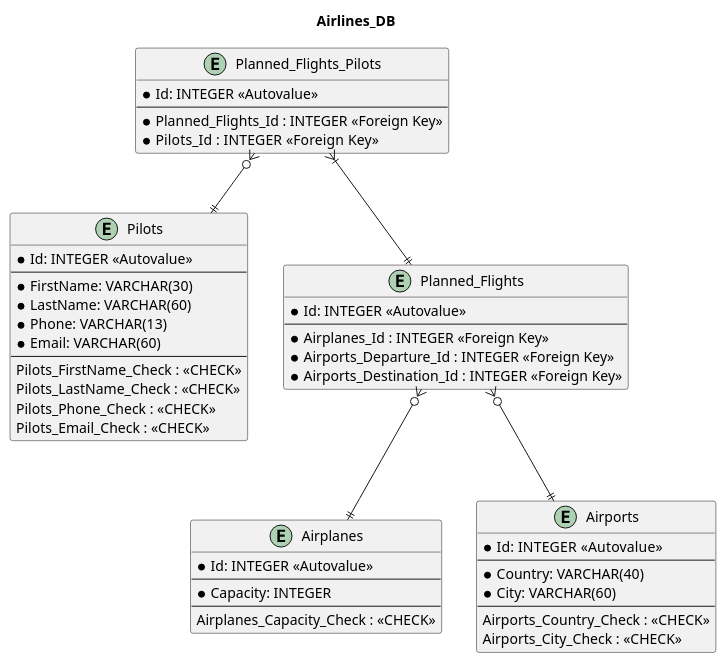
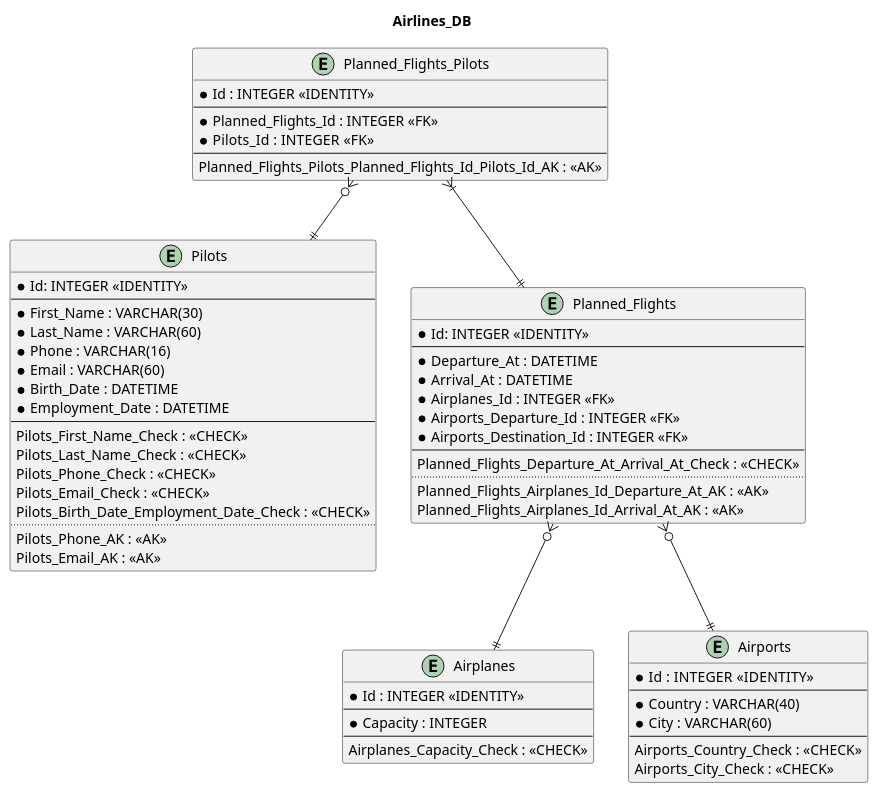
One commit to dkostmii/NULP-Databases changed the diagram in diagram.pu. Above: the diagram before and after it, drawn with PlantUML. The commit also changed 2 other files, not shown here.

```diff
--- a/diagram.pu
+++ b/diagram.pu
@@ -1,60 +1,75 @@
 @startuml DB_ER_Diagram
 
 
 title "Airlines_DB"
 
 
 entity "Airplanes" as airplanes {
-	*Id: INTEGER <<Autovalue>>
+	*Id : INTEGER <<IDENTITY>>
 	--
-	*Capacity: INTEGER
+	*Capacity : INTEGER
 	--
 	Airplanes_Capacity_Check : <<CHECK>>
 }
 
 entity "Pilots" as pilots {
-	*Id: INTEGER <<Autovalue>>
+	*Id: INTEGER <<IDENTITY>>
 	--
-	*FirstName: VARCHAR(30)
-	*LastName: VARCHAR(60)
-	*Phone: VARCHAR(13)
-	*Email: VARCHAR(60)
+	*First_Name : VARCHAR(30)
+	*Last_Name : VARCHAR(60)
+	*Phone : VARCHAR(16)
+	*Email : VARCHAR(60)
+	*Birth_Date : DATETIME
+	*Employment_Date : DATETIME
 	--
-	Pilots_FirstName_Check : <<CHECK>>
-	Pilots_LastName_Check : <<CHECK>>
+	Pilots_First_Name_Check : <<CHECK>>
+	Pilots_Last_Name_Check : <<CHECK>>
 	Pilots_Phone_Check : <<CHECK>>
 	Pilots_Email_Check : <<CHECK>>
+	Pilots_Birth_Date_Employment_Date_Check : <<CHECK>>
+	..
+	Pilots_Phone_AK : <<AK>>
+	Pilots_Email_AK : <<AK>>
 }
 
 entity "Airports" as airports {
-	*Id: INTEGER  <<Autovalue>>
+	*Id : INTEGER  <<IDENTITY>>
 	--
-	*Country: VARCHAR(40)
-	*City: VARCHAR(60)
+	*Country : VARCHAR(40)
+	*City : VARCHAR(60)
 	--
 	Airports_Country_Check : <<CHECK>>
 	Airports_City_Check : <<CHECK>>
 }
 
 entity "Planned_Flights" as pl_flights {
-	*Id: INTEGER <<Autovalue>>
+	*Id: INTEGER <<IDENTITY>>
 	--
-	*Airplanes_Id : INTEGER <<Foreign Key>>
-	*Airports_Departure_Id : INTEGER <<Foreign Key>>
-	*Airports_Destination_Id : INTEGER <<Foreign Key>>
+	*Departure_At : DATETIME
+	*Arrival_At : DATETIME
+	*Airplanes_Id : INTEGER <<FK>>
+	*Airports_Departure_Id : INTEGER <<FK>>
+	*Airports_Destination_Id : INTEGER <<FK>>
+	--
+	Planned_Flights_Departure_At_Arrival_At_Check : <<CHECK>>
+	..
+	Planned_Flights_Airplanes_Id_Departure_At_AK : <<AK>>
+	Planned_Flights_Airplanes_Id_Arrival_At_AK : <<AK>>
 }
 
 entity "Planned_Flights_Pilots" as pl_flights_pilots {
-	*Id: INTEGER <<Autovalue>>
+	*Id : INTEGER <<IDENTITY>>
 	--
-	*Planned_Flights_Id : INTEGER <<Foreign Key>>
-	*Pilots_Id : INTEGER  <<Foreign Key>>
+	*Planned_Flights_Id : INTEGER <<FK>>
+	*Pilots_Id : INTEGER  <<FK>>
+	--
+	Planned_Flights_Pilots_Planned_Flights_Id_Pilots_Id_AK : <<AK>>
 }
 
 
 pl_flights }o--|| airplanes
 pl_flights }o--|| airports
 pl_flights_pilots }|--|| pl_flights
 pl_flights_pilots }o--|| pilots
 	
 @enduml
```
